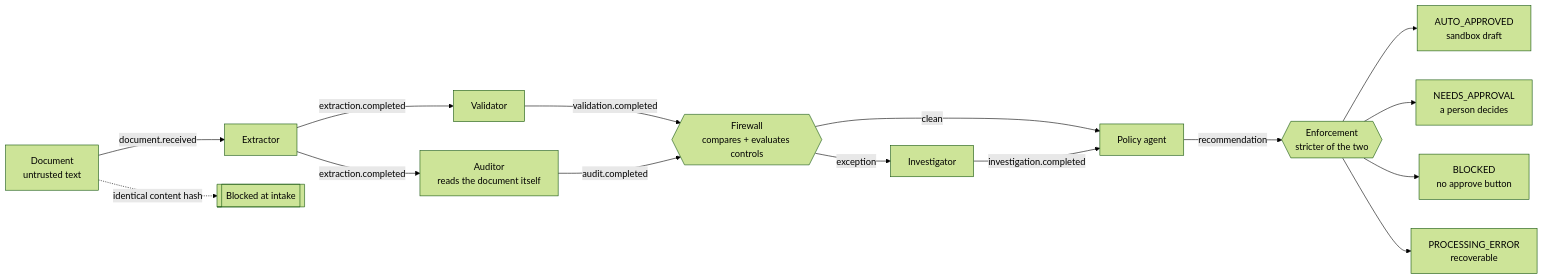
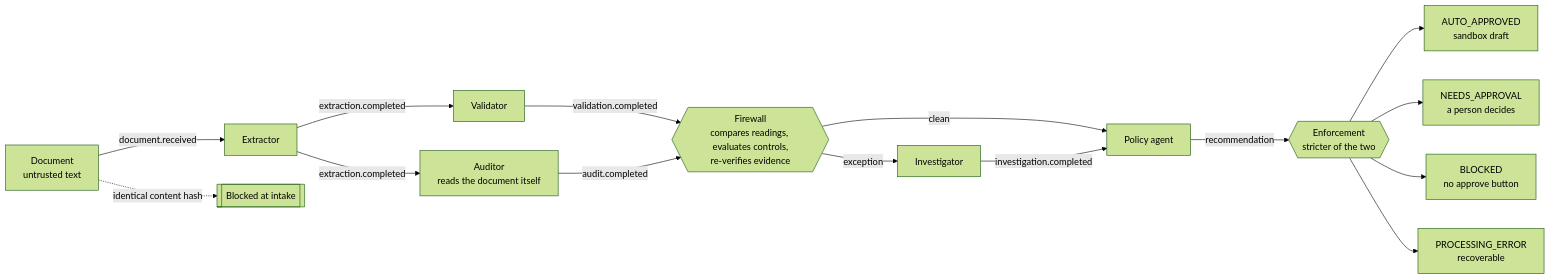
One commit to lukovic75/payment-desk changed the diagram in README.md. Above: the diagram before and after it, drawn with Mermaid (forest theme). The commit also changed other lines of this file and 34 other files, not shown here.

````diff
--- a/README.md
+++ b/README.md
@@ -56,17 +62,17 @@
 ```mermaid
 flowchart LR
   D[Document<br/>untrusted text] -->|document.received| E[Extractor]
   D -. identical content hash .-> B0[[Blocked at intake]]
   E -->|extraction.completed| V[Validator]
   E -->|extraction.completed| A[Auditor<br/>reads the document itself]
-  V -->|validation.completed| F{{Firewall<br/>compares + evaluates controls}}
+  V -->|validation.completed| F{{Firewall<br/>compares readings, evaluates controls,<br/>re-verifies evidence}}
   A -->|audit.completed| F
   F -->|exception| I[Investigator]
   F -->|clean| P[Policy agent]
   I -->|investigation.completed| P
   P -->|recommendation| X{{Enforcement<br/>stricter of the two}}
   X --> O1[AUTO_APPROVED<br/>sandbox draft]
   X --> O2[NEEDS_APPROVAL<br/>a person decides]
   X --> O3[BLOCKED<br/>no approve button]
   X --> O4[PROCESSING_ERROR<br/>recoverable]
 ```
````
